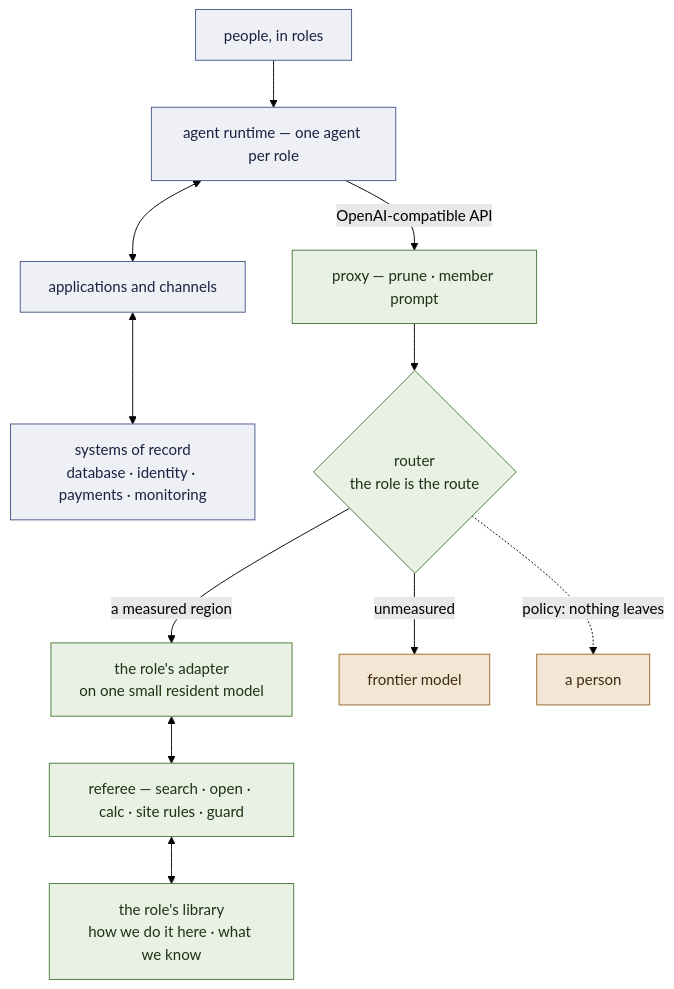
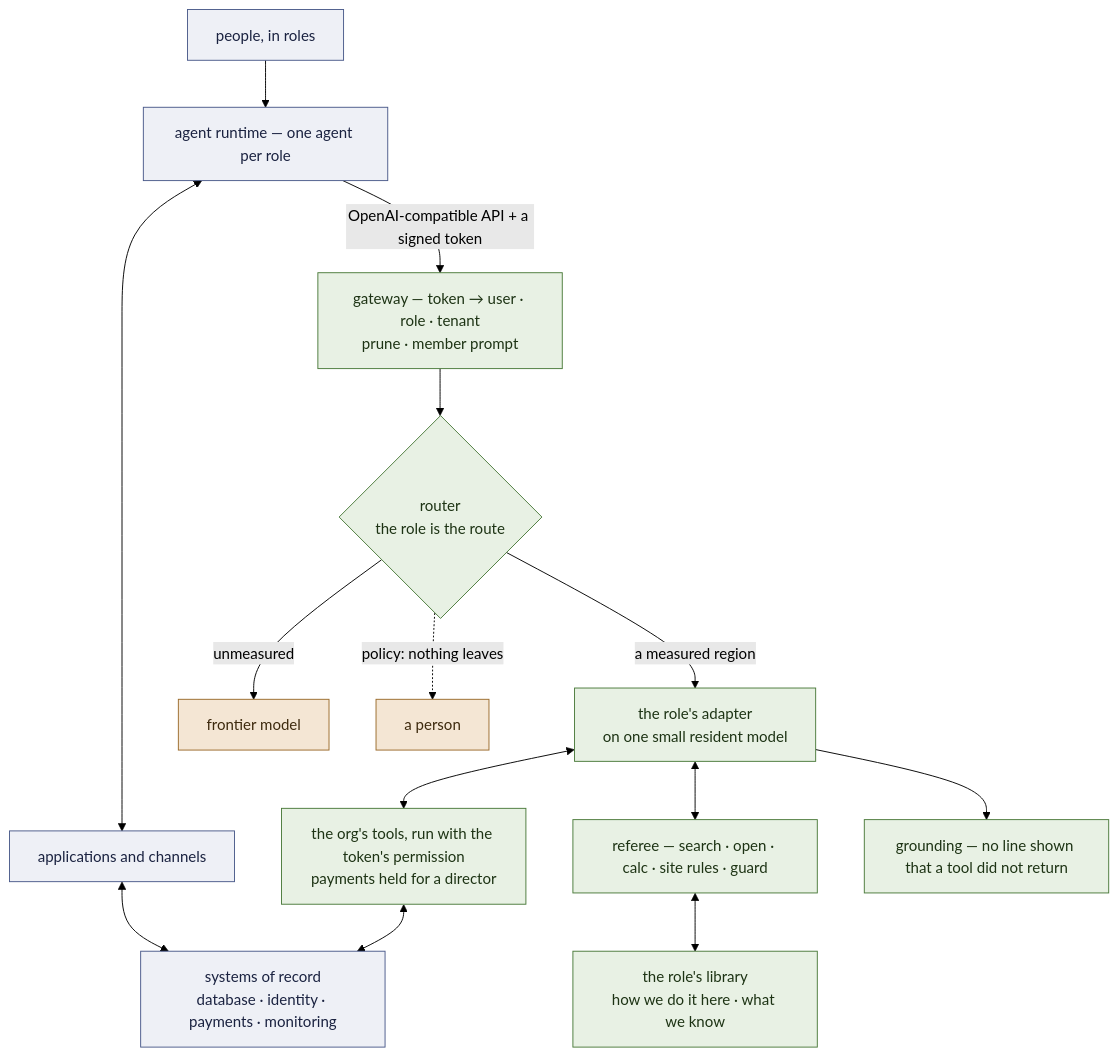
The fourth of 4 diagrams in docs/ARCHITECTURE.md (EvolvingAgentsLabs/lora-kernel), drawn with Mermaid (forest theme) before and after one commit. The commit also changed other lines of this file and 169 other files, not shown here.

````diff
--- a/docs/ARCHITECTURE.md
+++ b/docs/ARCHITECTURE.md
@@ -248,19 +278,22 @@
 ```mermaid
 flowchart TB
     P["people, in roles"] --> RT["agent runtime — one agent per role"]
     RT <--> APPS["applications and channels"]
     APPS <--> DB["systems of record<br>database · identity · payments · monitoring"]
-    RT -- "OpenAI-compatible API" --> PX["proxy — prune · member prompt"]
+    RT -- "OpenAI-compatible API + a signed token" --> PX["gateway — token → user · role · tenant<br>prune · member prompt"]
     PX --> RO{"router<br>the role is the route"}
     RO -- "a measured region" --> EX["the role's adapter<br>on one small resident model"]
     EX <--> REF["referee — search · open · calc · site rules · guard"]
     REF <--> LIB["the role's library<br>how we do it here · what we know"]
+    EX <--> TL["the org's tools, run with the token's permission<br>payments held for a director"]
+    TL <--> DB
+    EX --> GRD["grounding — no line shown that a tool did not return"]
     RO -- "unmeasured" --> FR["frontier model"]
     RO -. "policy: nothing leaves" .-> HU["a person"]
     classDef ours fill:#e8f1e4,stroke:#4a7a3a,color:#1d3314
     classDef theirs fill:#eef0f6,stroke:#4a5a8a,color:#1a2240
     classDef out fill:#f4e6d4,stroke:#9a6a2a,color:#3d2a0e
-    class PX,RO,EX,REF,LIB ours
+    class PX,RO,EX,REF,LIB,TL,GRD ours
     class P,RT,APPS,DB theirs
     class FR,HU out
 ```
````
